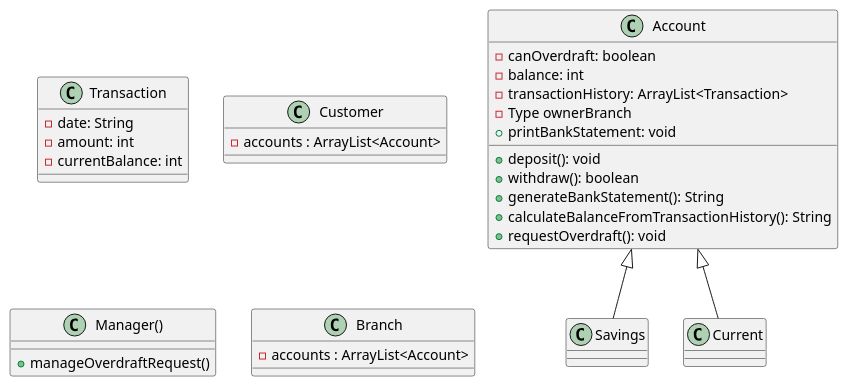
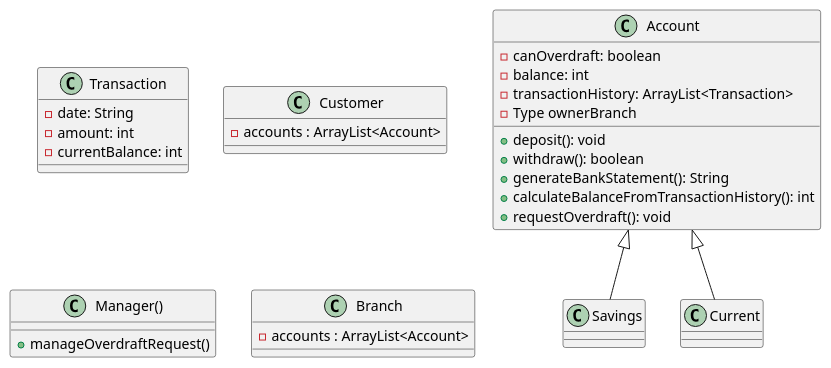
One commit to boolean-uk/java-tdd-oop-bank-challenge changed the diagram in classDiagram.puml. Above: the diagram before and after it, drawn with PlantUML. The commit also changed 1 other file, not shown here.

Commit message:
Minor adjustments to class diagram and domain model.

```diff
--- a/classDiagram.puml
+++ b/classDiagram.puml
@@ -1,39 +1,38 @@
 @startuml
 
 Class Transaction {
 - date: String
 - amount: int
 - currentBalance: int
 }
 
 Class Customer {
 - accounts : ArrayList<Account>
 }
 
 Class Account {
 - canOverdraft: boolean
 - balance: int
 - transactionHistory: ArrayList<Transaction>
 - Type ownerBranch
 + deposit(): void
 + withdraw(): boolean
 + generateBankStatement(): String
-+ calculateBalanceFromTransactionHistory(): String
-+ printBankStatement: void
++ calculateBalanceFromTransactionHistory(): int
 + requestOverdraft(): void
 }
 
 Class Savings extends Account {
 }
 
 Class Current extends Account {
 }
 
 Class Manager(){
 + manageOverdraftRequest()
 }
 
 Class Branch {
 - accounts : ArrayList<Account>
 }
 @enduml
```
